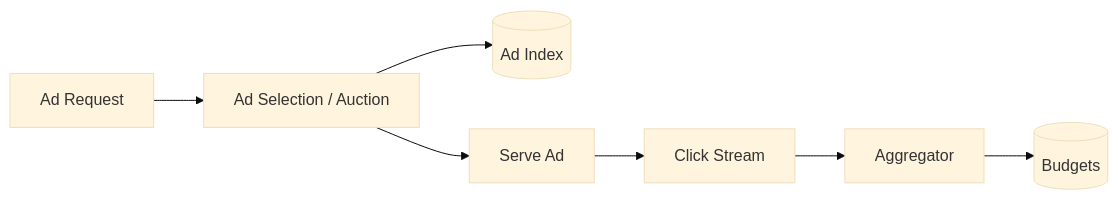
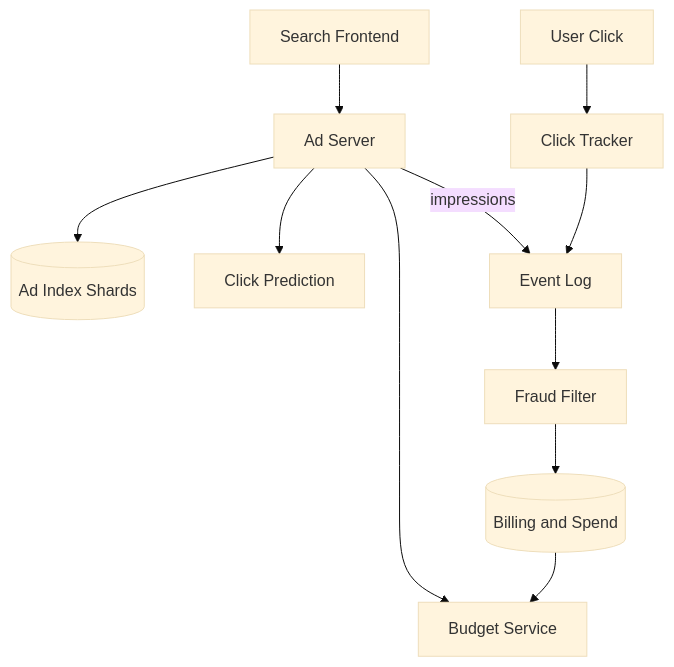
One commit to design-gurus/grokking-system-design changed the first of 2 diagrams in questions/design-google-ads.md. Above: the diagram before and after it, drawn with Mermaid (base theme). The commit also changed other lines of this file and 19 other files, not shown here.

````diff
--- a/questions/design-google-ads.md
+++ b/questions/design-google-ads.md
@@ -21,9 +80,13 @@
 ```mermaid
-flowchart LR
-    Req[Ad Request] --> Sel[Ad Selection / Auction]
-    Sel --> Ads[(Ad Index)]
-    Sel --> Serve[Serve Ad]
-    Serve --> Clicks[Click Stream]
-    Clicks --> Agg[Aggregator]
-    Agg --> Budget[(Budgets)]
+flowchart TD
+    Search[Search Frontend] --> AdSrv[Ad Server]
+    AdSrv --> Index[(Ad Index Shards)]
+    AdSrv --> Model[Click Prediction]
+    AdSrv --> Budget[Budget Service]
+    AdSrv -->|impressions| Log[Event Log]
+    User[User Click] --> Track[Click Tracker]
+    Track --> Log
+    Log --> Fraud[Fraud Filter]
+    Fraud --> Bill[(Billing and Spend)]
+    Bill --> Budget
 ```
````
